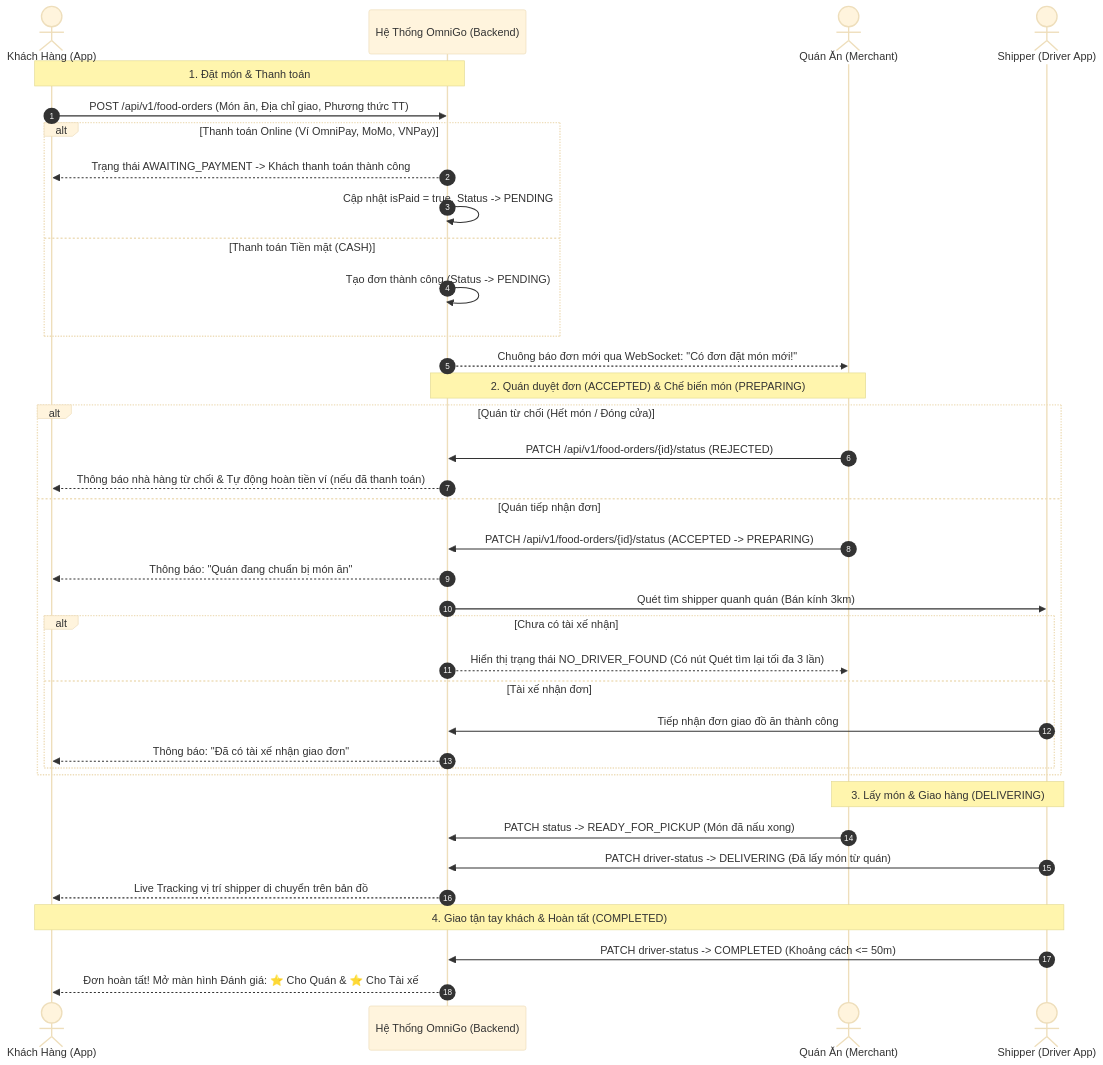
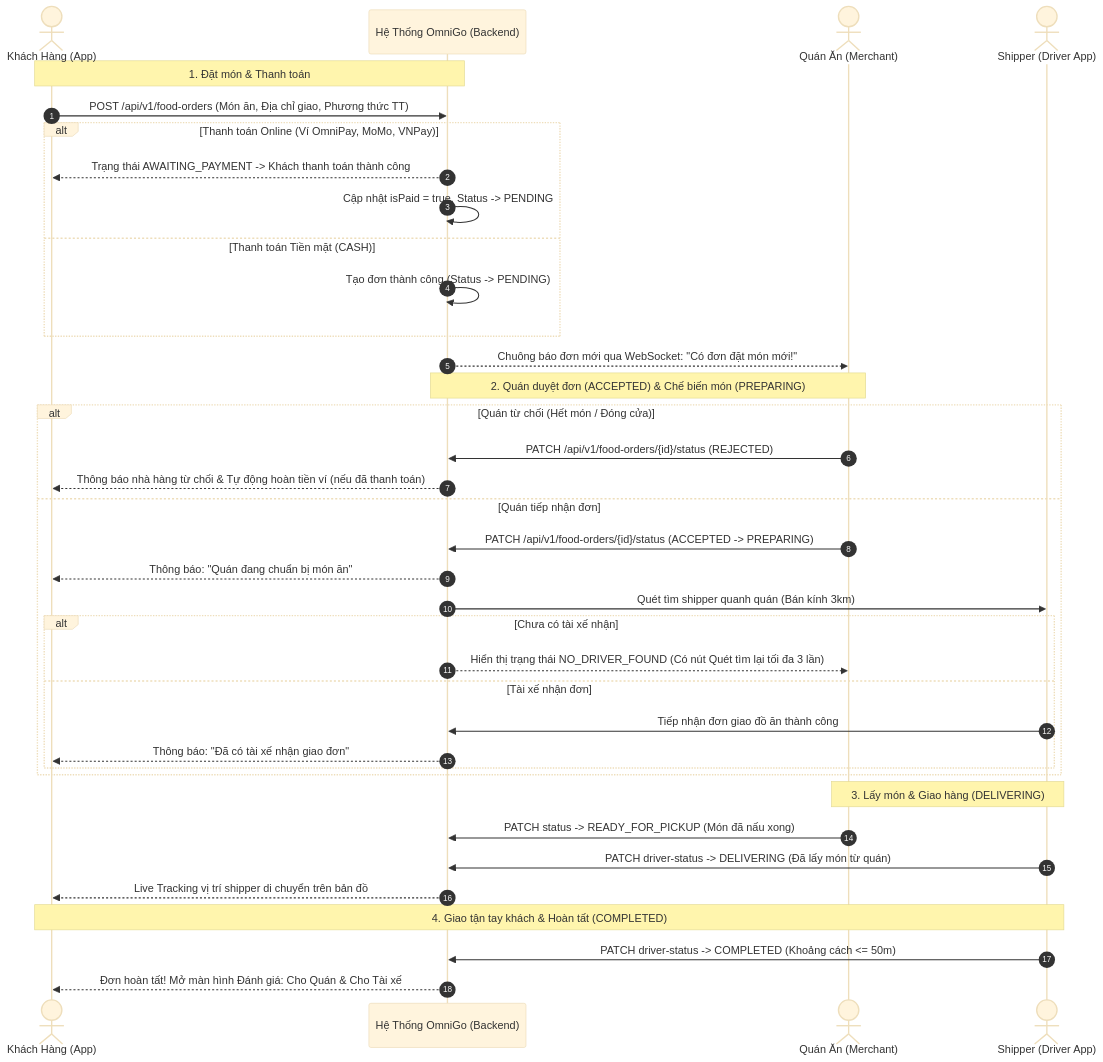
The second of 7 diagrams in DOCUMENT/BUSINESS_FLOW_SPECIFICATION.md (AnhQuocs/OmniGo), drawn with Mermaid (base theme) before and after one commit. The commit also changed other lines of this file and 1 other file, not shown here.

Commit message:
fix: update customer invoice display and rating screen message in business flow specification

````diff
--- a/DOCUMENT/BUSINESS_FLOW_SPECIFICATION.md
+++ b/DOCUMENT/BUSINESS_FLOW_SPECIFICATION.md
@@ -112,47 +109,47 @@
 ```mermaid
 sequenceDiagram
     autonumber
     actor Customer as Khách Hàng (App)
     participant OmniGo as Hệ Thống OmniGo (Backend)
     actor Merchant as Quán Ăn (Merchant)
     actor Driver as Shipper (Driver App)
 
     %% 1. ĐẶT MÓN & THANH TOÁN
     Note over Customer, OmniGo: 1. Đặt món & Thanh toán
     Customer->>OmniGo: POST /api/v1/food-orders (Món ăn, Địa chỉ giao, Phương thức TT)
     alt Thanh toán Online (Ví OmniPay, MoMo, VNPay)
         OmniGo-->>Customer: Trạng thái AWAITING_PAYMENT -> Khách thanh toán thành công
         OmniGo->>OmniGo: Cập nhật isPaid = true, Status -> PENDING
     else Thanh toán Tiền mặt (CASH)
         OmniGo->>OmniGo: Tạo đơn thành công (Status -> PENDING)
     end
     OmniGo-->>Merchant: Chuông báo đơn mới qua WebSocket: "Có đơn đặt món mới!"
 
     %% 2. QUÁN DUYỆT ĐƠN & NẤU MÓN
     Note over Merchant, OmniGo: 2. Quán duyệt đơn (ACCEPTED) & Chế biến món (PREPARING)
     alt Quán từ chối (Hết món / Đóng cửa)
         Merchant->>OmniGo: PATCH /api/v1/food-orders/{id}/status (REJECTED)
         OmniGo-->>Customer: Thông báo nhà hàng từ chối & Tự động hoàn tiền ví (nếu đã thanh toán)
     else Quán tiếp nhận đơn
         Merchant->>OmniGo: PATCH /api/v1/food-orders/{id}/status (ACCEPTED -> PREPARING)
         OmniGo-->>Customer: Thông báo: "Quán đang chuẩn bị món ăn"
         OmniGo->>Driver: Quét tìm shipper quanh quán (Bán kính 3km)
         alt Chưa có tài xế nhận
             OmniGo-->>Merchant: Hiển thị trạng thái NO_DRIVER_FOUND (Có nút Quét tìm lại tối đa 3 lần)
         else Tài xế nhận đơn
             Driver->>OmniGo: Tiếp nhận đơn giao đồ ăn thành công
             OmniGo-->>Customer: Thông báo: "Đã có tài xế nhận giao đơn"
         end
     end
 
     %% 3. BÀN GIAO MÓN & GIAO HÀNG
     Note over Merchant, Driver: 3. Lấy món & Giao hàng (DELIVERING)
     Merchant->>OmniGo: PATCH status -> READY_FOR_PICKUP (Món đã nấu xong)
     Driver->>OmniGo: PATCH driver-status -> DELIVERING (Đã lấy món từ quán)
     OmniGo-->>Customer: Live Tracking vị trí shipper di chuyển trên bản đồ
 
     %% 4. HOÀN THÀNH ĐƠN
     Note over Driver, Customer: 4. Giao tận tay khách & Hoàn tất (COMPLETED)
     Driver->>OmniGo: PATCH driver-status -> COMPLETED (Khoảng cách <= 50m)
-    OmniGo-->>Customer: Đơn hoàn tất! Mở màn hình Đánh giá: ⭐ Cho Quán & ⭐ Cho Tài xế
+    OmniGo-->>Customer: Đơn hoàn tất! Mở màn hình Đánh giá:  Cho Quán & Cho Tài xế
 ```
````
